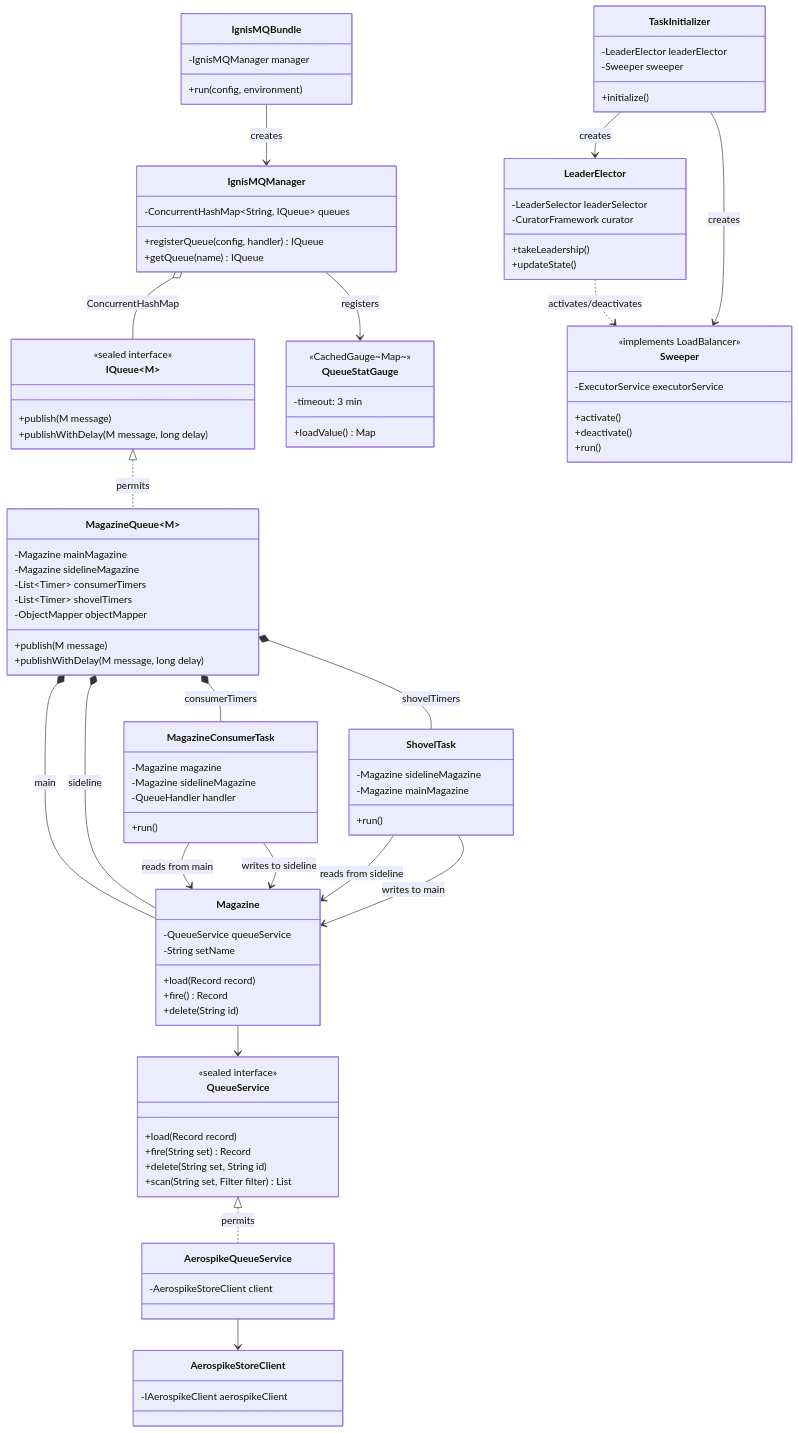
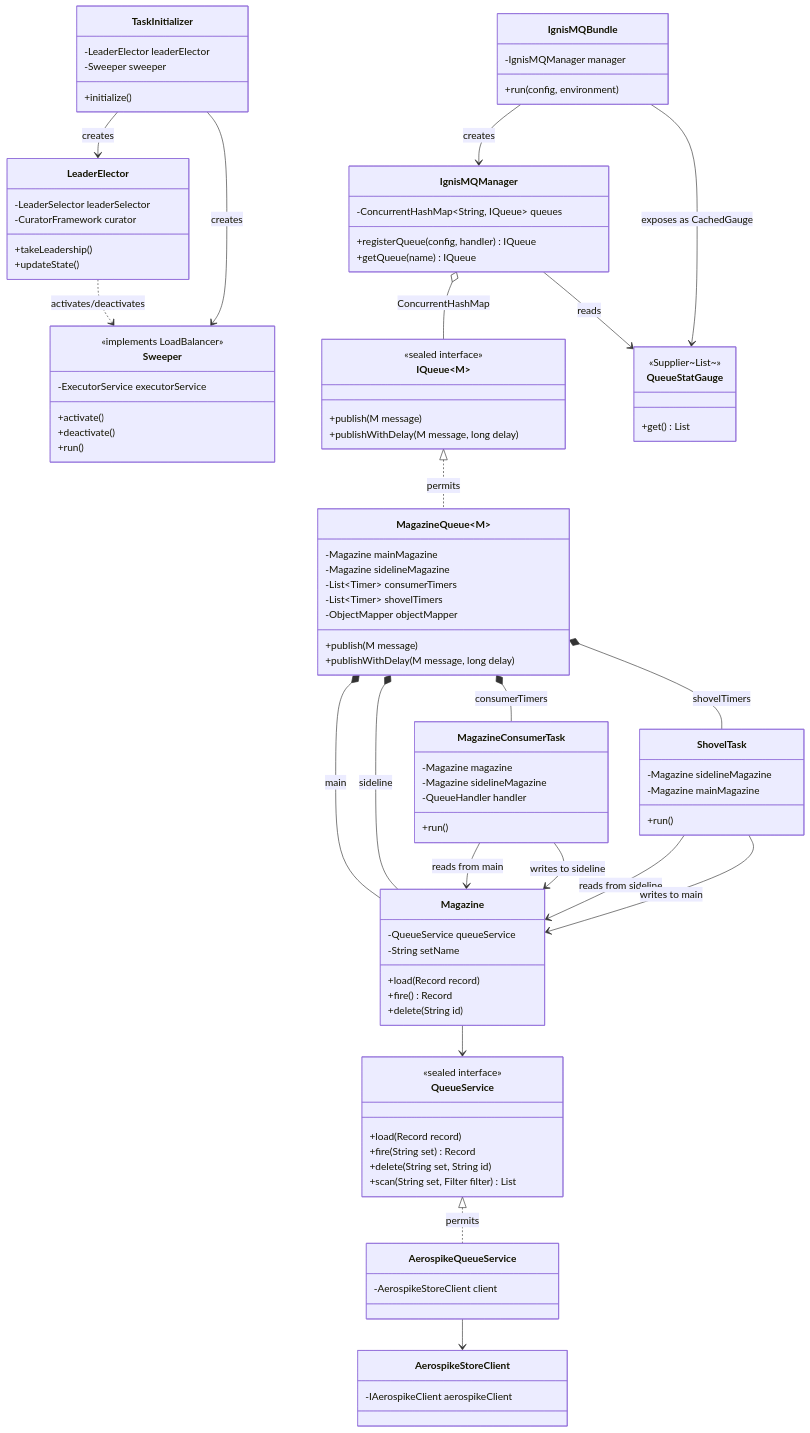
The second of 11 diagrams in docs/docs/architecture.md (PhonePe/IgnisMQ), drawn with Mermaid before and after one commit. The commit also changed other lines of this file and 29 other files, not shown here.

````diff
--- a/docs/docs/architecture.md
+++ b/docs/docs/architecture.md
@@ -137,9 +137,8 @@
     }
 
     class QueueStatGauge {
-        <<CachedGauge~Map~>>
-        -timeout: 3 min
-        +loadValue() Map
+        <<Supplier~List~>>
+        +get() List
     }
 
     class QueueService {
@@ -175,5 +174,6 @@
     Magazine --> QueueService
     QueueService <|.. AerospikeQueueService : permits
     AerospikeQueueService --> AerospikeStoreClient
-    IgnisMQManager --> QueueStatGauge : registers
+    IgnisMQManager --> QueueStatGauge : reads
+    IgnisMQBundle --> QueueStatGauge : exposes as CachedGauge
 ```
````
